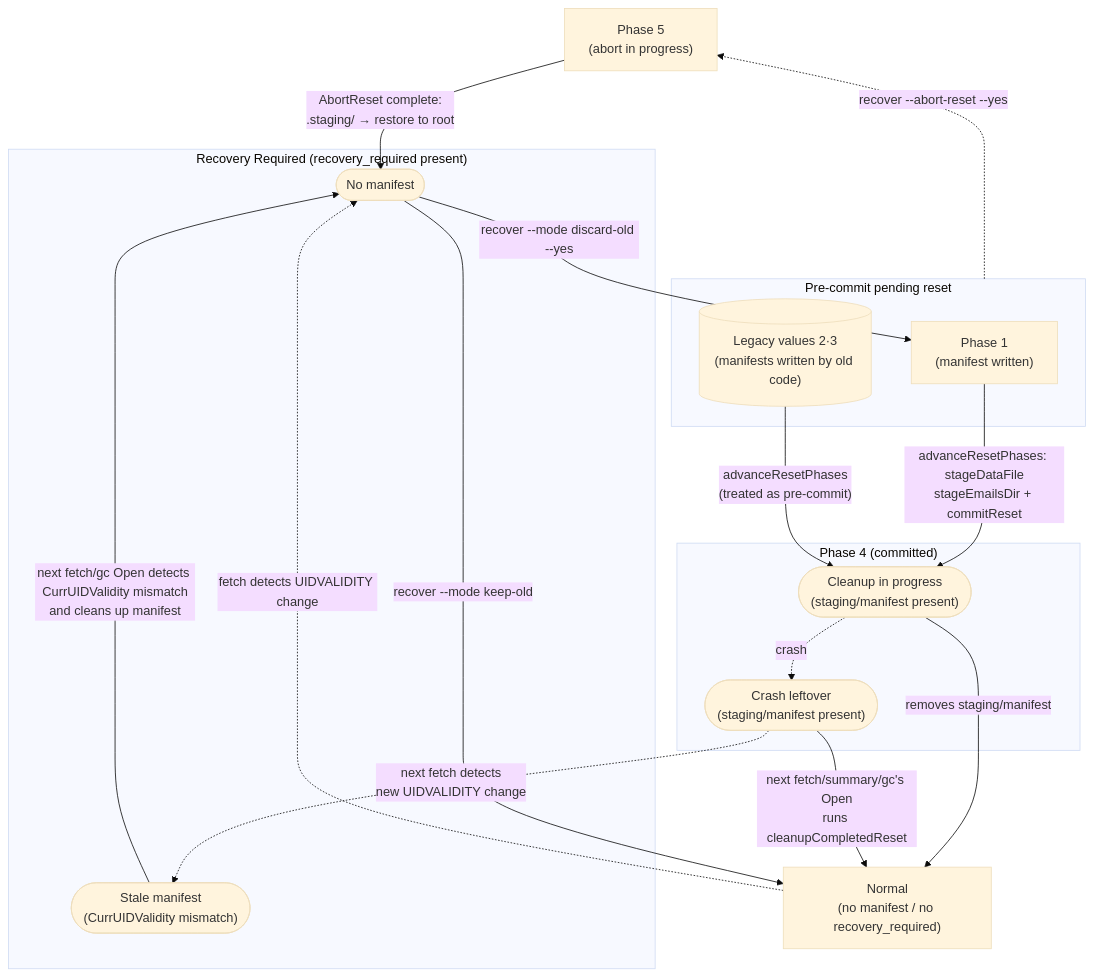
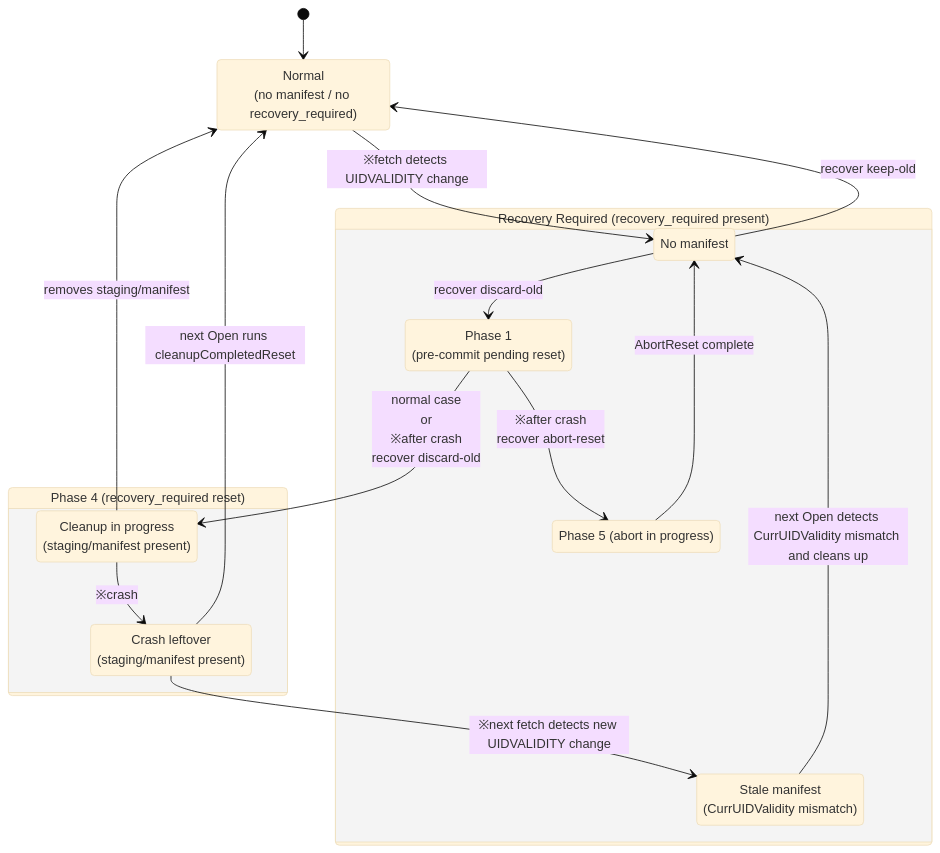
Before and after one commit to isseis/tlsrpt-digest: the diagram in docs/dev/adr/0003_reset_phase_design.md, drawn with Mermaid (base theme). The commit also changed other lines of this file, not shown here.

Commit message:
docs(adr-0003): apply differential translation to English ADR
- Title: "Post-Commit Cleanup" → "Post-Reset Cleanup"
- Phase 4 label: "committed" → "recovery_required reset" throughout
- "commit marker" → "recovery_required reset marker"
- State diagram: replace flowchart TD with stateDiagram-v2
- Scenarios table: "Post-commit cleanup failure" → "Post-reset cleanup failure"
- Invariants: "sentinel is committed" → "recovery_required is reset"

````diff
--- a/docs/dev/adr/0003_reset_phase_design.md
+++ b/docs/dev/adr/0003_reset_phase_design.md
@@ -91,34 +91,29 @@
 ```mermaid
-flowchart TD
-    P5["Phase 5<br>(abort in progress)"]
+stateDiagram-v2
+    state "Normal<br/>(no manifest / no recovery_required)" as Normal
+    [*] --> Normal
 
-    subgraph RecoveryReq["Recovery Required (recovery_required present)"]
-        RR(["No manifest"])
-        StaleM(["Stale manifest<br>(CurrUIDValidity mismatch)"])
-    end
+    state "Recovery Required (recovery_required present)" as RecoveryReq {
+        state "No manifest" as RR
+        state "Stale manifest<br/>(CurrUIDValidity mismatch)" as StaleM
+        state "Phase 1<br/>(pre-commit pending reset)" as P1
+        state "Phase 5 (abort in progress)" as P5
+    }
 
-    subgraph PendingReset["Pre-commit pending reset"]
-        P1["Phase 1<br>(manifest written)"]
-        Legacy[("Legacy values 2·3<br>(manifests written by old code)")]
-    end
+    state "Phase 4 (recovery_required reset)" as Phase4 {
+        state "Cleanup in progress<br/>(staging/manifest present)" as P4a
+        state "Crash leftover<br/>(staging/manifest present)" as P4b
+        P4a --> P4b : ※crash
+    }
 
-    subgraph Phase4["Phase 4 (committed)"]
-        P4a(["Cleanup in progress<br>(staging/manifest present)"])
-        P4b(["Crash leftover<br>(staging/manifest present)"])
-    end
-
-    Normal["Normal<br>(no manifest / no recovery_required)"]
-
-    RR -->|"recover --mode keep-old"| Normal
-    RR -->|"recover --mode discard-old --yes"| P1
-    P1 -->|"advanceResetPhases: stageDataFile<br>stageEmailsDir + commitReset"| P4a
-    Legacy -->|"advanceResetPhases<br>(treated as pre-commit)"| P4a
-    P4a -->|"removes staging/manifest"| Normal
-    P4a -.->|"crash"| P4b
-    P4b -->|"next fetch/summary/gc's Open<br>runs cleanupCompletedReset"| Normal
-    P4b -.->|"next fetch detects<br>new UIDVALIDITY change"| StaleM
-    StaleM -->|"next fetch/gc Open detects CurrUIDValidity mismatch<br>and cleans up manifest"| RR
-    PendingReset -.->|"recover --abort-reset --yes"| P5
-    P5 -->|"AbortReset complete:<br>.staging/ → restore to root"| RR
-    Normal -.->|"fetch detects UIDVALIDITY change"| RR
+    Normal --> RR : ※fetch detects UIDVALIDITY change
+    RR --> Normal : recover keep-old
+    RR --> P1 : recover discard-old
+    P1 --> P4a : normal case<br>or<br>※after crash<br>recover discard-old
+    P1 --> P5 : ※after crash<br>recover abort-reset
+    P5 --> RR : AbortReset complete
+    P4a --> Normal : removes staging/manifest
+    P4b --> Normal : next Open runs cleanupCompletedReset
+    P4b --> StaleM : ※next fetch detects new UIDVALIDITY change
+    StaleM --> RR : next Open detects CurrUIDValidity mismatch and cleans up
 ```
````
